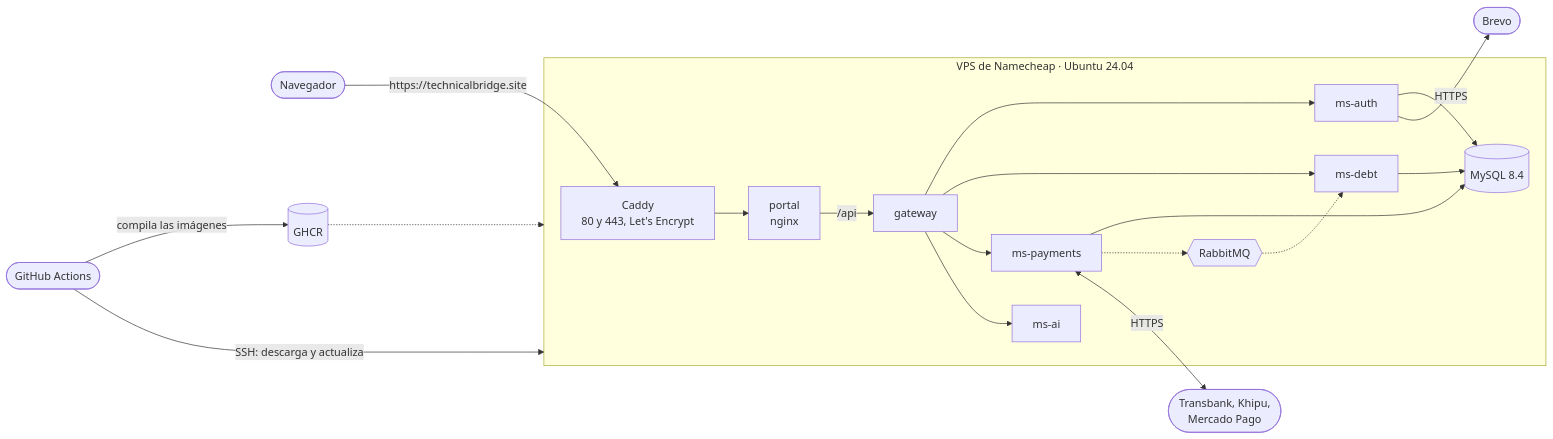
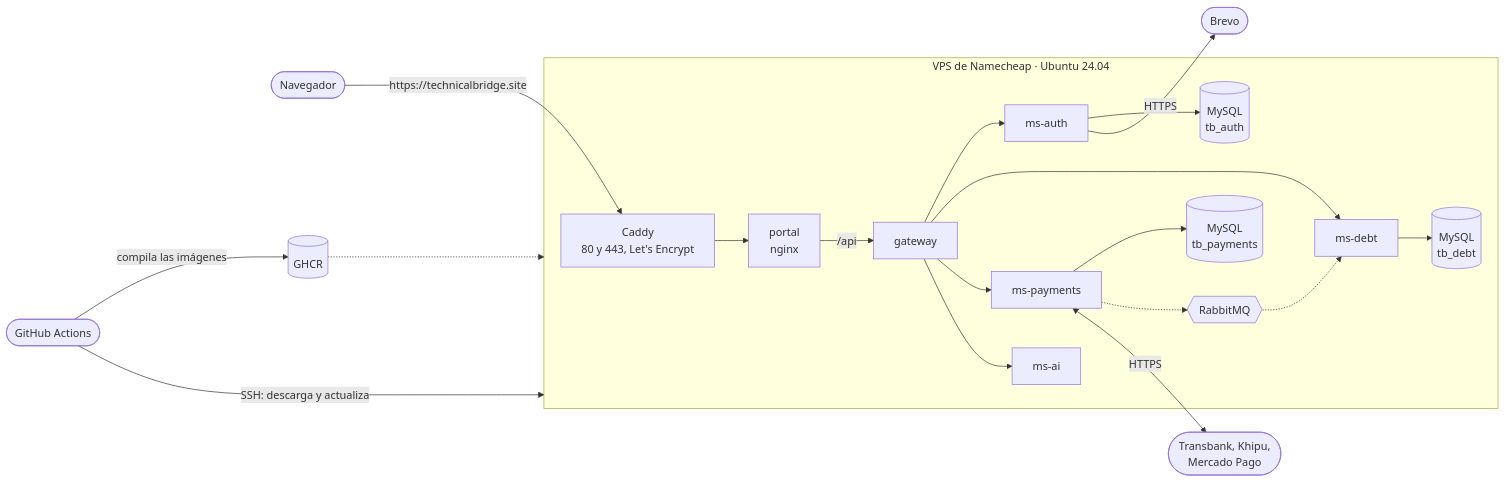
Before and after one commit to TechnicalBridge/DataBridge: the diagram in docs/despliegue/README.md, drawn with Mermaid. The commit also changed other lines of this file and 16 other files, not shown here.

````diff
--- a/docs/despliegue/README.md
+++ b/docs/despliegue/README.md
@@ -13,16 +13,18 @@
 ```mermaid
 flowchart LR
     NAV(["Navegador"]) -->|"https://technicalbridge.site"| CADDY
     subgraph VPS["VPS de Namecheap · Ubuntu 24.04"]
         CADDY["Caddy<br/>80 y 443, Let's Encrypt"] --> PORTAL["portal<br/>nginx"]
         PORTAL -->|"/api"| GW["gateway"]
         GW --> AUTH["ms-auth"] & DEBT["ms-debt"] & PAY["ms-payments"] & AI["ms-ai"]
-        AUTH & DEBT & PAY --> DB[("MySQL 8.4")]
+        AUTH --> BA[("MySQL<br/>tb_auth")]
+        DEBT --> BD[("MySQL<br/>tb_debt")]
+        PAY --> BP[("MySQL<br/>tb_payments")]
         PAY -.-> MQ{{"RabbitMQ"}} -.-> DEBT
     end
     GHA(["GitHub Actions"]) -->|"compila las imágenes"| GHCR[("GHCR")]
     GHA -->|"SSH: descarga y actualiza"| VPS
     GHCR -.-> VPS
     AUTH -->|"HTTPS"| BREVO(["Brevo"])
     PAY <-->|"HTTPS"| PASARELAS(["Transbank, Khipu,<br/>Mercado Pago"])
 ```
````
